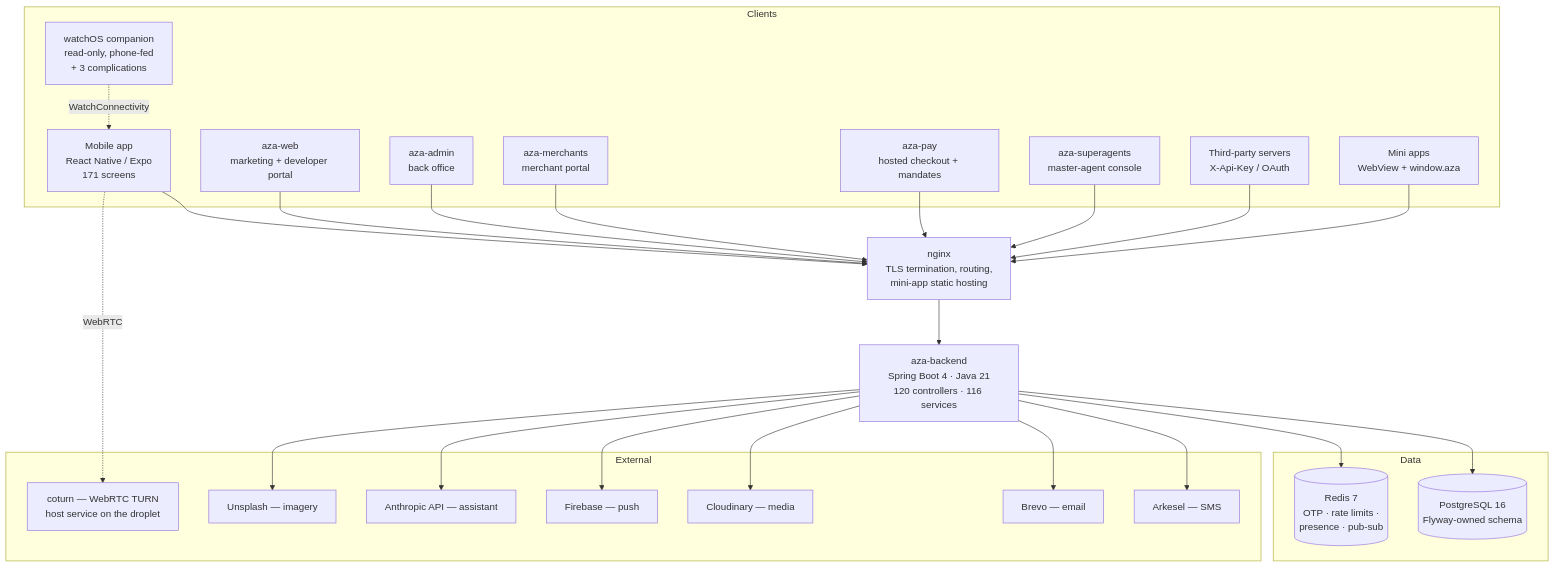
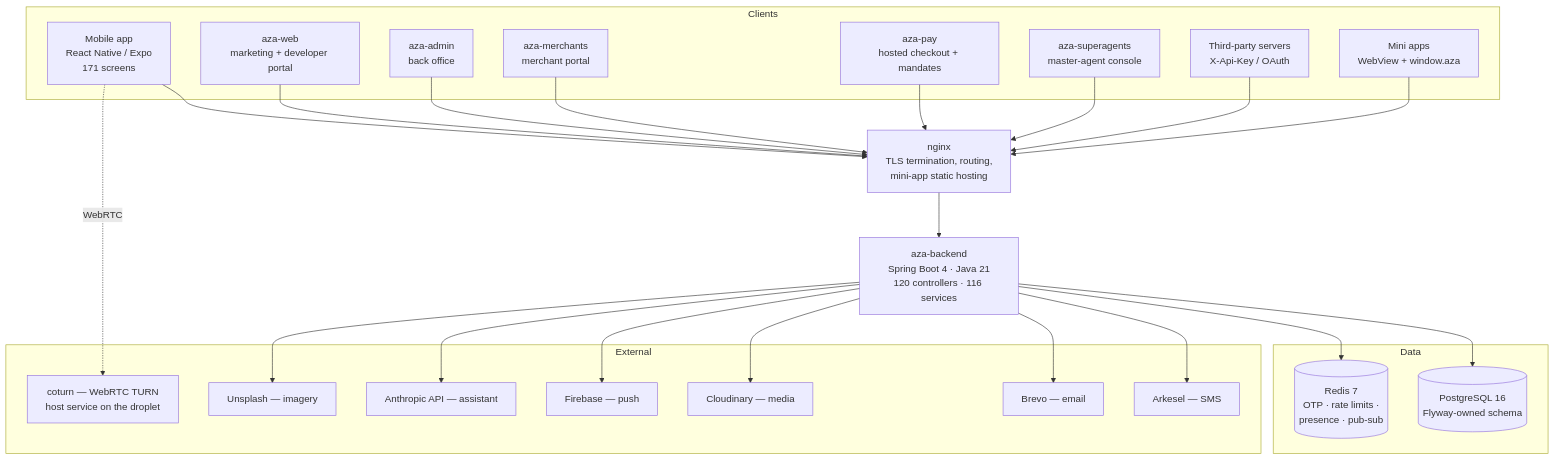
The first of 5 diagrams in docs/thesis/02-architecture-and-backend.md (AZ-SPACES/project404), drawn with Mermaid before and after one commit. The commit also changed other lines of this file and 5 other files, not shown here.

````diff
--- a/docs/thesis/02-architecture-and-backend.md
+++ b/docs/thesis/02-architecture-and-backend.md
@@ -13,53 +8,51 @@
 ```mermaid
 graph TB
   subgraph Clients
     M["Mobile app<br/>React Native / Expo<br/>171 screens"]
-    WA["watchOS companion<br/>read-only, phone-fed<br/>+ 3 complications"]
     W["aza-web<br/>marketing + developer portal"]
     A["aza-admin<br/>back office"]
     ME["aza-merchants<br/>merchant portal"]
     P["aza-pay<br/>hosted checkout + mandates"]
     SA["aza-superagents<br/>master-agent console"]
     T["Third-party servers<br/>X-Api-Key / OAuth"]
     MA["Mini apps<br/>WebView + window.aza"]
   end
 
   N["nginx<br/>TLS termination, routing,<br/>mini-app static hosting"]
 
   B["aza-backend<br/>Spring Boot 4 · Java 21<br/>120 controllers · 116 services"]
 
   subgraph Data
     PG[("PostgreSQL 16<br/>Flyway-owned schema")]
     R[("Redis 7<br/>OTP · rate limits ·<br/>presence · pub-sub")]
   end
 
   subgraph External
     ARK["Arkesel — SMS"]
     BRE["Brevo — email"]
     CLD["Cloudinary — media"]
     FCM["Firebase — push"]
     TURN["coturn — WebRTC TURN<br/>host service on the droplet"]
     ANT["Anthropic API — assistant"]
     UNS["Unsplash — imagery"]
   end
 
   M --> N
-  WA -.WatchConnectivity.-> M
   SA --> N
   W --> N
   A --> N
   ME --> N
   P --> N
   T --> N
   MA --> N
   N --> B
   B --> PG
   B --> R
   B --> ARK
   B --> BRE
   B --> CLD
   B --> FCM
   B --> ANT
   B --> UNS
   M -.WebRTC.-> TURN
 ```
````
